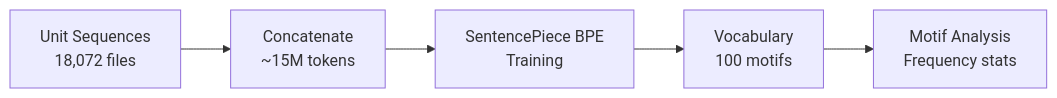
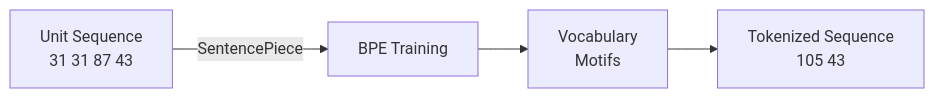
Before and after one commit to shemaobt/model-training: the third of 4 diagrams in README.md, drawn with Mermaid. The commit also changed other lines of this file and 1 other file, not shown here.

First line of the commit message:
docs: enhance architecture deep dive and pipeline overview

````diff
--- a/README.md
+++ b/README.md
@@ -85,7 +50,6 @@
 ```mermaid
 flowchart LR
-    A[Unit Sequences<br/>18,072 files] --> B[Concatenate<br/>~15M tokens]
-    B --> C[SentencePiece BPE<br/>Training]
-    C --> D[Vocabulary<br/>100 motifs]
-    D --> E[Motif Analysis<br/>Frequency stats]
+    A[Unit Sequence<br/>31 31 87 43] -->|SentencePiece| B[BPE Training]
+    B --> C[Vocabulary<br/>Motifs]
+    C --> D[Tokenized Sequence<br/>105 43]
 ```
````
